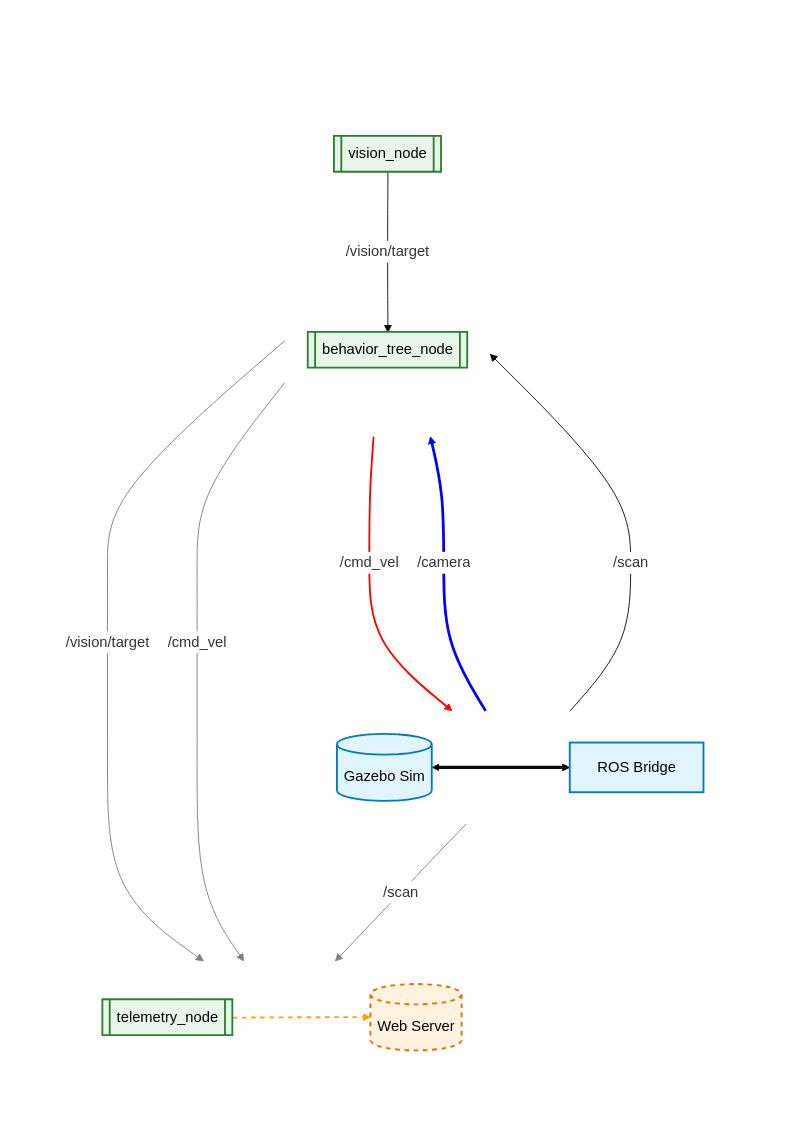
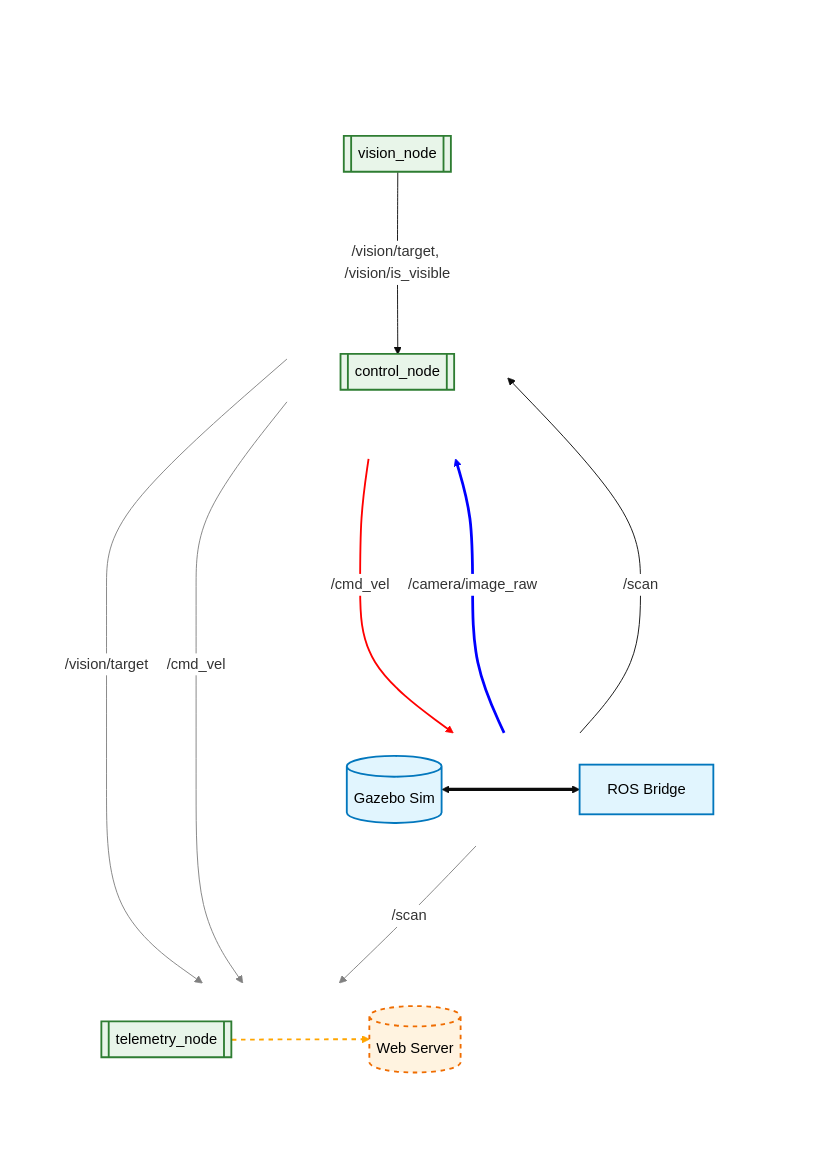
One commit to flebo45/Chimpanzee_MetalMonkeys changed the diagram in src/hunter_description/schema_ROS.md. Above: the diagram before and after it, drawn with Mermaid. The commit also changed 2 other files, not shown here.

Commit message:
aggiornamento ros graph e blackboard

```diff
--- a/src/hunter_description/schema_ROS.md
+++ b/src/hunter_description/schema_ROS.md
@@ -28,7 +28,7 @@
         subgraph BrainGroup [ ]
             direction TB
             Vision[["vision_node"]]:::ros
-            Control[["behavior_tree_node"]]:::ros
+            Control[["control_node"]]:::ros
         end
 
         %% --- BLOCCO 3: TELEMETRIA (BASSO - IL "PAVIMENTO") ---
@@ -45,15 +45,14 @@
         Gazebo <==> Bridge
 
         %% 2. FLUSSO VISIONE (ALTO)
-        Bridge ===>|/camera| Vision
-        Vision -->|/vision/target| Control
+        Bridge ===>|/camera/image_raw| Vision
+        Vision -->|/vision/target, /vision/is_visible| Control
 
         %% 3. FLUSSO CONTROLLO (CENTRO)
         Bridge -->|/scan| Control
         Control -->|/cmd_vel| Bridge
 
         %% 4. FLUSSO TELEMETRIA (BASSO)
-        %% Nota come tutte queste linee scendono senza tagliare il centro
         Bridge -->|/scan| Telem
         Vision -->|/vision/target| Telem
         Control -->|/cmd_vel| Telem
```
